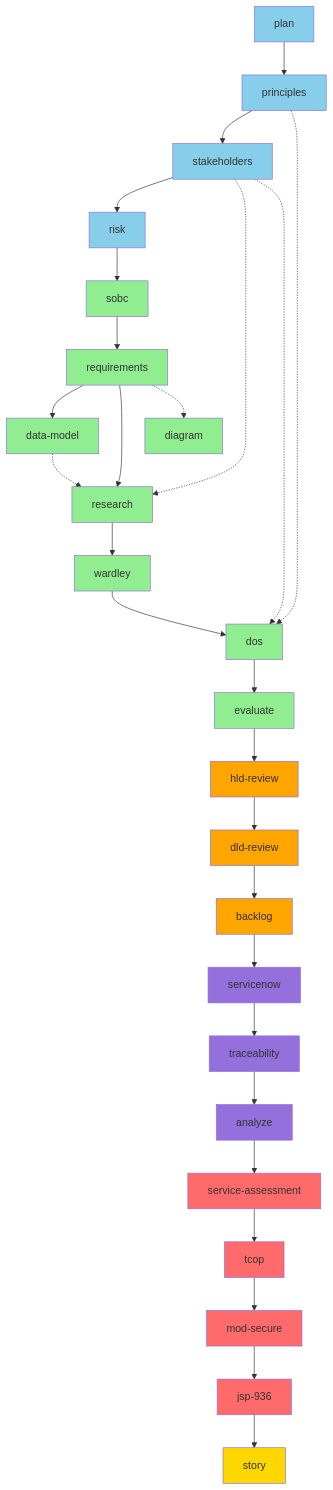
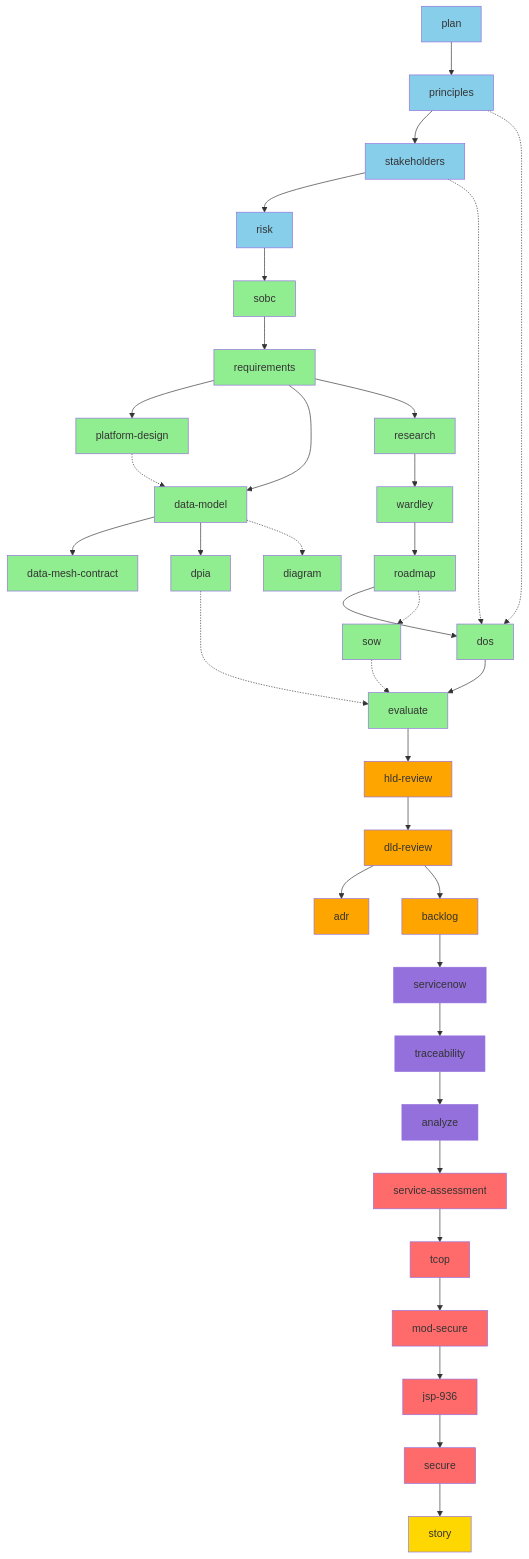
Before and after one commit to tractorjuice/arc-kit: the fifth of 9 diagrams in WORKFLOW-DIAGRAMS.md, drawn with Mermaid. The commit also changed other lines of this file, not shown here.

First line of the commit message:
docs: add ADR to workflow diagram after DLD review

````diff
--- a/WORKFLOW-DIAGRAMS.md
+++ b/WORKFLOW-DIAGRAMS.md
@@ -351,42 +395,48 @@
     D --> E[sobc]
     E --> F[requirements]
 
-    %% Tier 4: Detailed Design
-    F --> G[data-model]
-    F --> H[research]
+    %% Tier 4: Strategy & Design
+    F --> G[platform-design]
+    F --> H[data-model]
     G -.-> H
-    C -.-> H
-    H --> I[wardley]
+    H --> I[data-mesh-contract]
+    H --> J[dpia]
+    F --> K[research]
+    K --> L[wardley]
+    L --> M[roadmap]
+    H -.-> V[diagram]
 
     %% Tier 5: MOD Procurement
-    B -.-> J[dos]
-    C -.-> J
-    I --> J
-    J --> K[evaluate]
+    B -.-> N[dos]
+    C -.-> N
+    M --> N
+    N --> O[evaluate]
+    M -.-> P[sow]
+    P -.-> O
+    J -.-> O
 
     %% Tier 6: Design Reviews
-    K --> L[hld-review]
-    L --> M[dld-review]
+    O --> Q[hld-review]
+    Q --> R[dld-review]
+    R --> S[adr]
 
     %% Tier 7: Implementation
-    M --> N[backlog]
+    R --> T[backlog]
 
     %% Tier 8-9: Operations & Quality
-    N --> O[servicenow]
-    O --> P[traceability]
-    P --> Q[analyze]
+    T --> W[servicenow]
+    W --> X[traceability]
+    X --> Y[analyze]
 
     %% Tier 10: MOD + AI Compliance
-    Q --> R[service-assessment]
-    R --> S[tcop]
-    S --> T[mod-secure]
-    T --> U[jsp-936]
+    Y --> Z[service-assessment]
+    Z --> Z1[tcop]
+    Z1 --> Z2[mod-secure]
+    Z2 --> Z3[jsp-936]
+    Z3 --> Z4[secure]
 
     %% Tier 11: Reporting
-    U --> W[story]
-
-    %% Optional parallel paths
-    F -.-> V[diagram]
+    Z4 --> AA[story]
 
     style A fill:#87CEEB
     style B fill:#87CEEB
@@ -399,16 +449,23 @@
     style I fill:#90EE90
     style J fill:#90EE90
     style K fill:#90EE90
-    style L fill:#FFA500
-    style M fill:#FFA500
-    style N fill:#FFA500
-    style O fill:#9370DB
-    style P fill:#9370DB
-    style Q fill:#9370DB
-    style R fill:#FF6B6B
-    style S fill:#FF6B6B
-    style T fill:#FF6B6B
-    style U fill:#FF6B6B
+    style L fill:#90EE90
+    style M fill:#90EE90
+    style N fill:#90EE90
+    style O fill:#90EE90
+    style P fill:#90EE90
+    style Q fill:#FFA500
+    style R fill:#FFA500
+    style S fill:#FFA500
+    style T fill:#FFA500
     style V fill:#90EE90
-    style W fill:#FFD700
+    style W fill:#9370DB
+    style X fill:#9370DB
+    style Y fill:#9370DB
+    style Z fill:#FF6B6B
+    style Z1 fill:#FF6B6B
+    style Z2 fill:#FF6B6B
+    style Z3 fill:#FF6B6B
+    style Z4 fill:#FF6B6B
+    style AA fill:#FFD700
 ```
````
